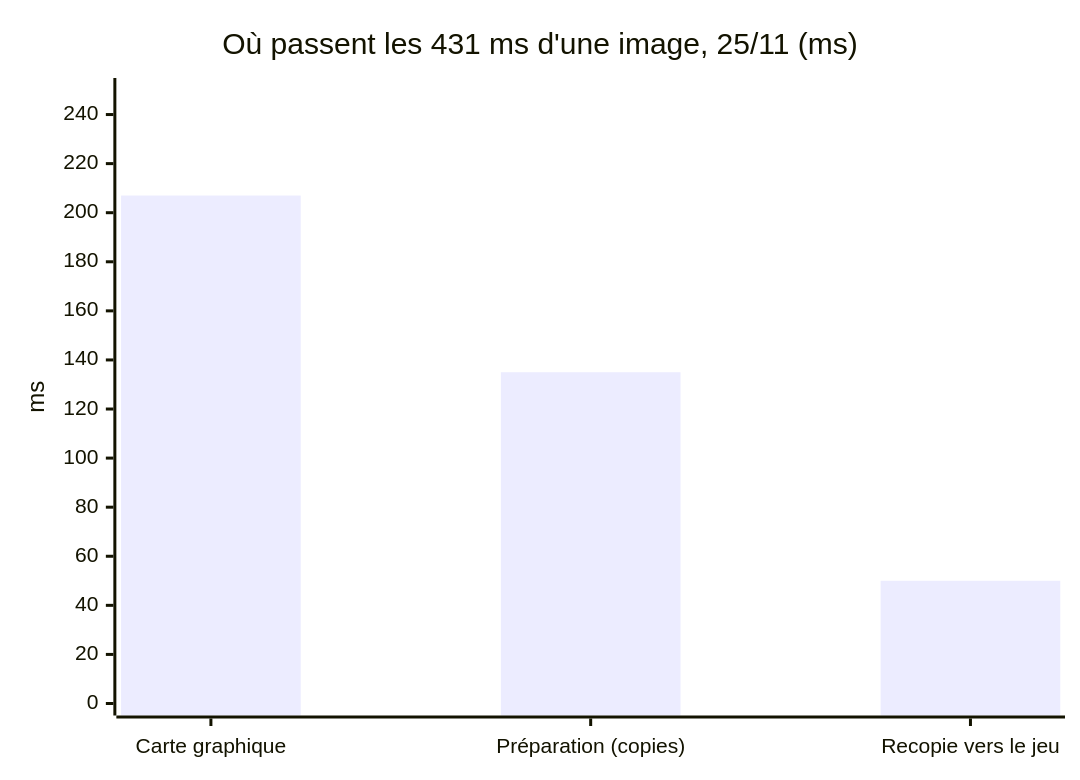
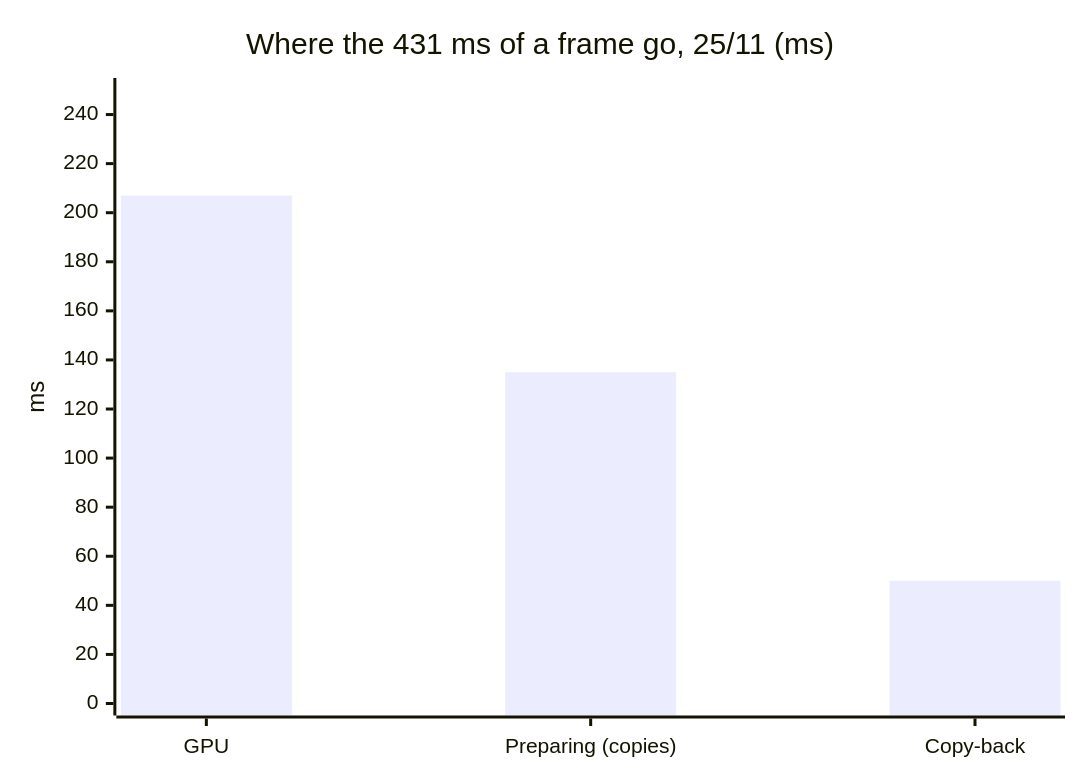
Before and after one commit to Cyanexani/cold-project-vi: the third of 7 diagrams in README.md, drawn with Mermaid. The commit also changed other lines of this file and 2 other files, not shown here.

````diff
--- a/README.md
+++ b/README.md
@@ -223,7 +177,7 @@
 ```mermaid
 xychart-beta
-    title "Où passent les 431 ms d'une image, 25/11 (ms)"
-    x-axis ["Carte graphique", "Préparation (copies)", "Recopie vers le jeu"]
+    title "Where the 431 ms of a frame go, 25/11 (ms)"
+    x-axis ["GPU", "Preparing (copies)", "Copy-back"]
     y-axis "ms" 0 --> 250
     bar [207, 135, 50]
 ```
````
